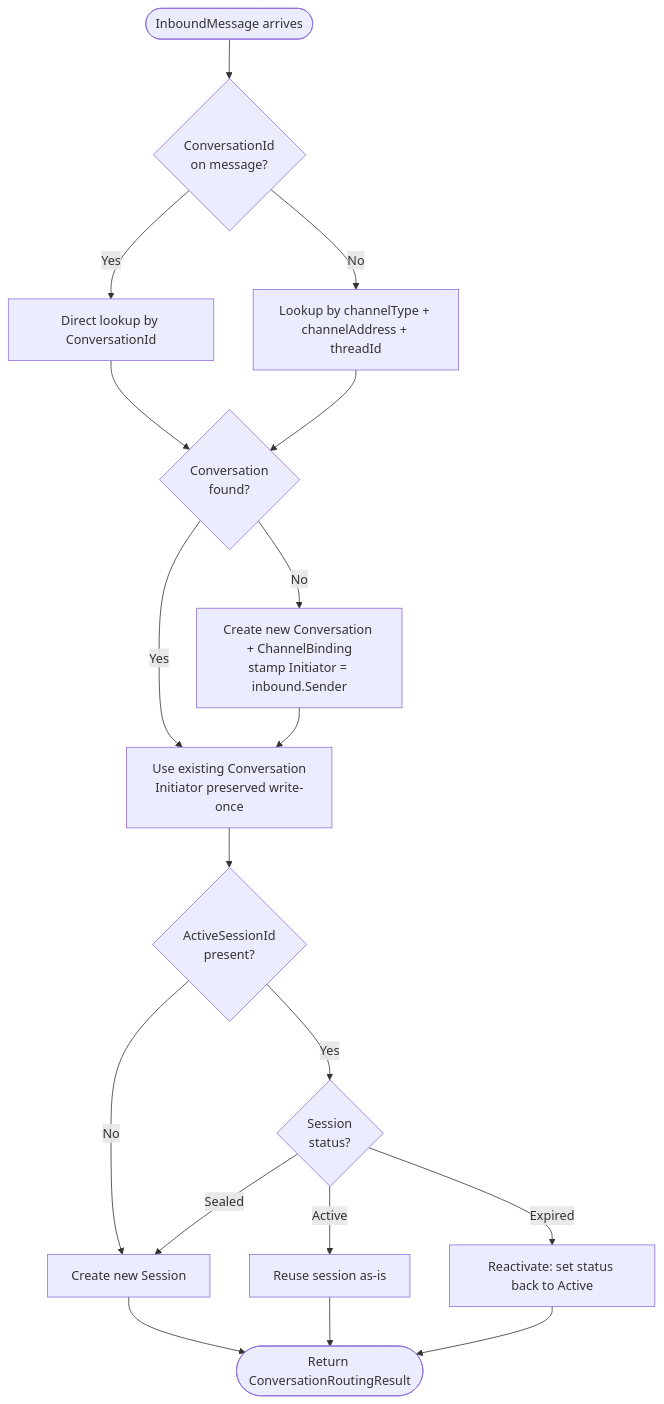
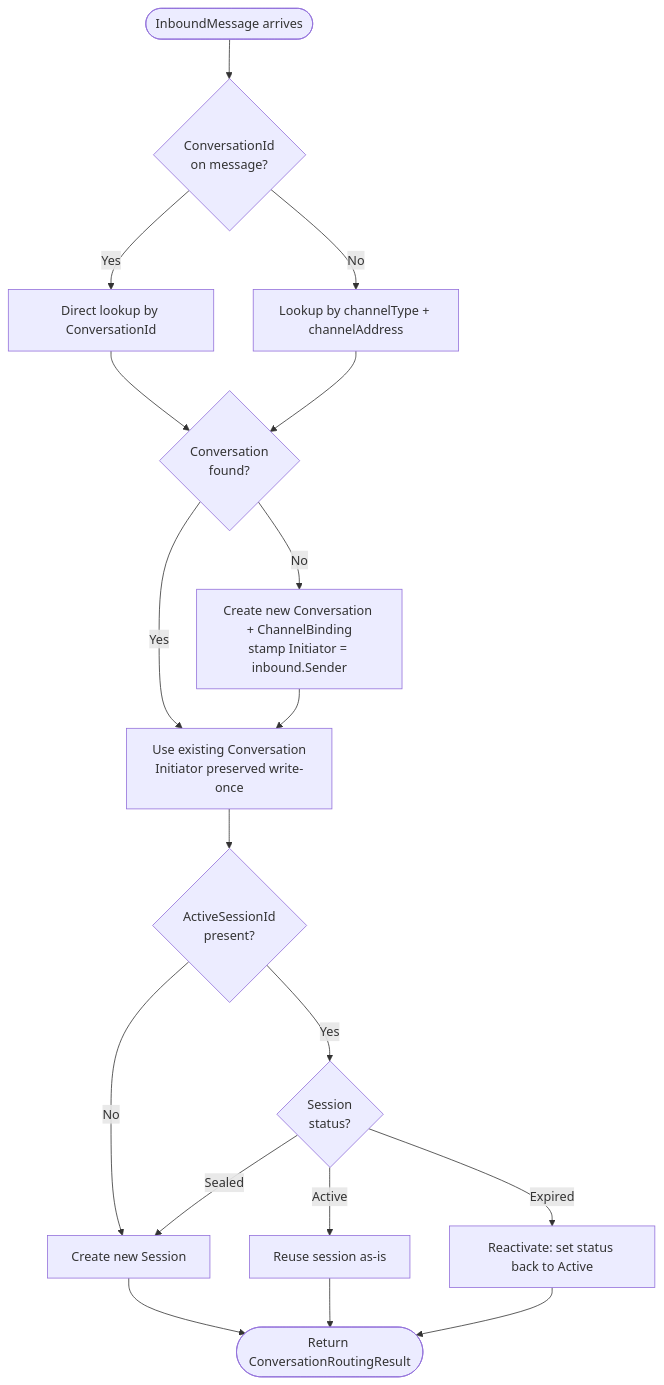
Before and after one commit to sytone/botnexus: the second of 4 diagrams in docs/architecture/gateway-flow.md, drawn with Mermaid. The commit also changed other lines of this file and 42 other files, not shown here.

````diff
--- a/docs/architecture/gateway-flow.md
+++ b/docs/architecture/gateway-flow.md
@@ -61,27 +61,27 @@
 ```mermaid
 flowchart TD
     A([InboundMessage arrives]) --> B{ConversationId\non message?}
 
     B -- Yes --> C[Direct lookup by ConversationId]
-    B -- No  --> D[Lookup by channelType + channelAddress + threadId]
+    B -- No  --> D[Lookup by channelType + channelAddress]
 
     C --> E{Conversation\nfound?}
     D --> E
 
     E -- No  --> F[Create new Conversation + ChannelBinding\nstamp Initiator = inbound.Sender]
     E -- Yes --> G[Use existing Conversation\nInitiator preserved write-once]
     F --> G
 
     G --> H{ActiveSessionId\npresent?}
 
     H -- No  --> I[Create new Session]
     H -- Yes --> J{Session\nstatus?}
 
     J -- Sealed --> I
     J -- Active  --> K[Reuse session as-is]
     J -- Expired --> L[Reactivate: set status back to Active]
 
     I --> M([Return ConversationRoutingResult])
     K --> M
     L --> M
 ```
````
